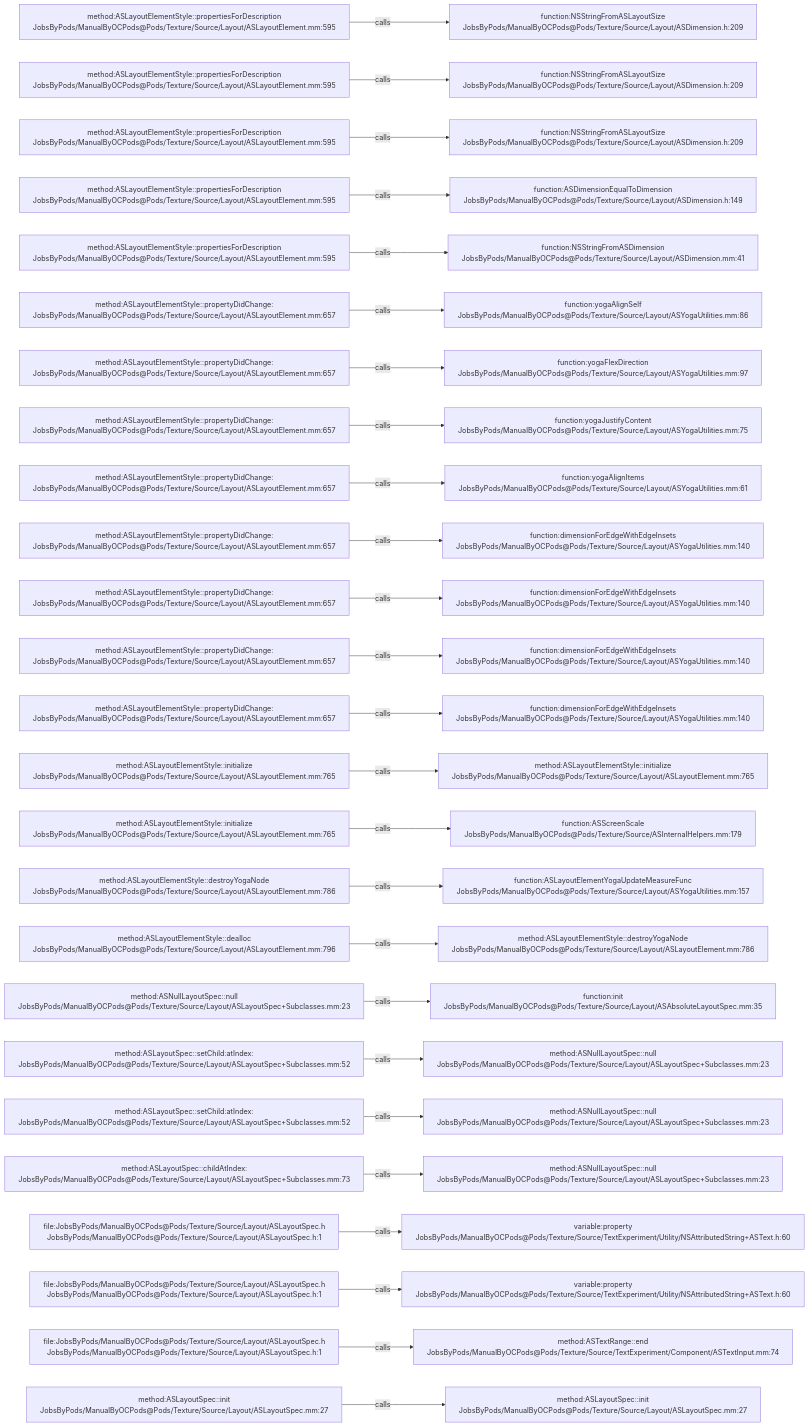
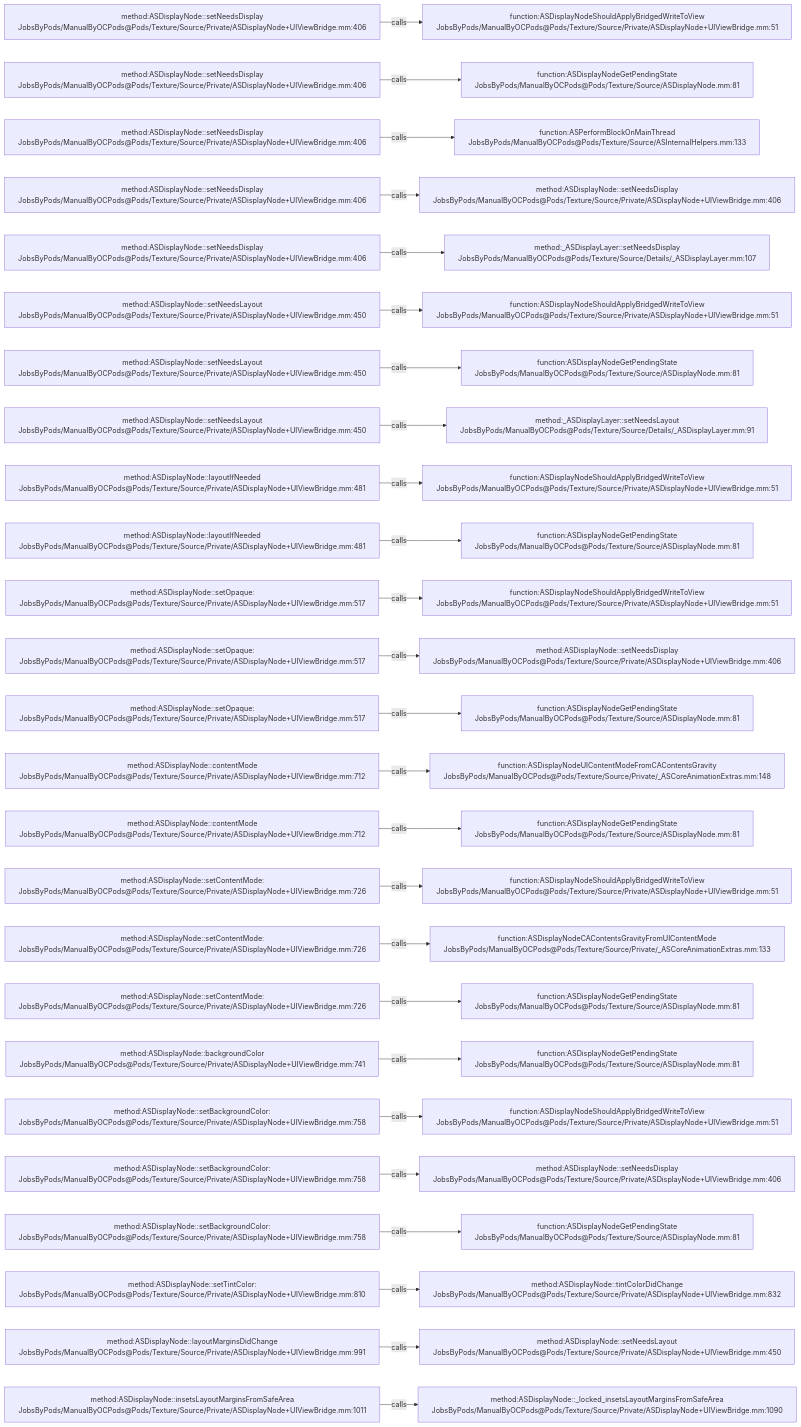
Before and after one commit to JobsKits/JobsOCBaseConfigDemo: the diagram in .codegraph/codegraph.md/graphs/calls-172.md, drawn with Mermaid. The commit also changed 2723 other files, not shown here.

````diff
--- a/.codegraph/codegraph.md/graphs/calls-172.md
+++ b/.codegraph/codegraph.md/graphs/calls-172.md
@@ -13,78 +13,78 @@
 ```mermaid
 flowchart LR
-  S1["method:ASLayoutElementStyle::propertiesForDescription<br/>JobsByPods/ManualByOCPods@Pods/Texture/Source/Layout/ASLayoutElement.mm:595"]
-  T1["function:NSStringFromASLayoutSize<br/>JobsByPods/ManualByOCPods@Pods/Texture/Source/Layout/ASDimension.h:209"]
+  S1["method:ASDisplayNode::setNeedsDisplay<br/>JobsByPods/ManualByOCPods@Pods/Texture/Source/Private/ASDisplayNode+UIViewBridge.mm:406"]
+  T1["function:ASDisplayNodeShouldApplyBridgedWriteToView<br/>JobsByPods/ManualByOCPods@Pods/Texture/Source/Private/ASDisplayNode+UIViewBridge.mm:51"]
   S1 -->|calls| T1
-  S2["method:ASLayoutElementStyle::propertiesForDescription<br/>JobsByPods/ManualByOCPods@Pods/Texture/Source/Layout/ASLayoutElement.mm:595"]
-  T2["function:NSStringFromASLayoutSize<br/>JobsByPods/ManualByOCPods@Pods/Texture/Source/Layout/ASDimension.h:209"]
+  S2["method:ASDisplayNode::setNeedsDisplay<br/>JobsByPods/ManualByOCPods@Pods/Texture/Source/Private/ASDisplayNode+UIViewBridge.mm:406"]
+  T2["function:ASDisplayNodeGetPendingState<br/>JobsByPods/ManualByOCPods@Pods/Texture/Source/ASDisplayNode.mm:81"]
   S2 -->|calls| T2
-  S3["method:ASLayoutElementStyle::propertiesForDescription<br/>JobsByPods/ManualByOCPods@Pods/Texture/Source/Layout/ASLayoutElement.mm:595"]
-  T3["function:NSStringFromASLayoutSize<br/>JobsByPods/ManualByOCPods@Pods/Texture/Source/Layout/ASDimension.h:209"]
+  S3["method:ASDisplayNode::setNeedsDisplay<br/>JobsByPods/ManualByOCPods@Pods/Texture/Source/Private/ASDisplayNode+UIViewBridge.mm:406"]
+  T3["function:ASPerformBlockOnMainThread<br/>JobsByPods/ManualByOCPods@Pods/Texture/Source/ASInternalHelpers.mm:133"]
   S3 -->|calls| T3
-  S4["method:ASLayoutElementStyle::propertiesForDescription<br/>JobsByPods/ManualByOCPods@Pods/Texture/Source/Layout/ASLayoutElement.mm:595"]
-  T4["function:ASDimensionEqualToDimension<br/>JobsByPods/ManualByOCPods@Pods/Texture/Source/Layout/ASDimension.h:149"]
+  S4["method:ASDisplayNode::setNeedsDisplay<br/>JobsByPods/ManualByOCPods@Pods/Texture/Source/Private/ASDisplayNode+UIViewBridge.mm:406"]
+  T4["method:ASDisplayNode::setNeedsDisplay<br/>JobsByPods/ManualByOCPods@Pods/Texture/Source/Private/ASDisplayNode+UIViewBridge.mm:406"]
   S4 -->|calls| T4
-  S5["method:ASLayoutElementStyle::propertiesForDescription<br/>JobsByPods/ManualByOCPods@Pods/Texture/Source/Layout/ASLayoutElement.mm:595"]
-  T5["function:NSStringFromASDimension<br/>JobsByPods/ManualByOCPods@Pods/Texture/Source/Layout/ASDimension.mm:41"]
+  S5["method:ASDisplayNode::setNeedsDisplay<br/>JobsByPods/ManualByOCPods@Pods/Texture/Source/Private/ASDisplayNode+UIViewBridge.mm:406"]
+  T5["method:_ASDisplayLayer::setNeedsDisplay<br/>JobsByPods/ManualByOCPods@Pods/Texture/Source/Details/_ASDisplayLayer.mm:107"]
   S5 -->|calls| T5
-  S6["method:ASLayoutElementStyle::propertyDidChange:<br/>JobsByPods/ManualByOCPods@Pods/Texture/Source/Layout/ASLayoutElement.mm:657"]
-  T6["function:yogaAlignSelf<br/>JobsByPods/ManualByOCPods@Pods/Texture/Source/Layout/ASYogaUtilities.mm:86"]
+  S6["method:ASDisplayNode::setNeedsLayout<br/>JobsByPods/ManualByOCPods@Pods/Texture/Source/Private/ASDisplayNode+UIViewBridge.mm:450"]
+  T6["function:ASDisplayNodeShouldApplyBridgedWriteToView<br/>JobsByPods/ManualByOCPods@Pods/Texture/Source/Private/ASDisplayNode+UIViewBridge.mm:51"]
   S6 -->|calls| T6
-  S7["method:ASLayoutElementStyle::propertyDidChange:<br/>JobsByPods/ManualByOCPods@Pods/Texture/Source/Layout/ASLayoutElement.mm:657"]
-  T7["function:yogaFlexDirection<br/>JobsByPods/ManualByOCPods@Pods/Texture/Source/Layout/ASYogaUtilities.mm:97"]
+  S7["method:ASDisplayNode::setNeedsLayout<br/>JobsByPods/ManualByOCPods@Pods/Texture/Source/Private/ASDisplayNode+UIViewBridge.mm:450"]
+  T7["function:ASDisplayNodeGetPendingState<br/>JobsByPods/ManualByOCPods@Pods/Texture/Source/ASDisplayNode.mm:81"]
   S7 -->|calls| T7
-  S8["method:ASLayoutElementStyle::propertyDidChange:<br/>JobsByPods/ManualByOCPods@Pods/Texture/Source/Layout/ASLayoutElement.mm:657"]
-  T8["function:yogaJustifyContent<br/>JobsByPods/ManualByOCPods@Pods/Texture/Source/Layout/ASYogaUtilities.mm:75"]
+  S8["method:ASDisplayNode::setNeedsLayout<br/>JobsByPods/ManualByOCPods@Pods/Texture/Source/Private/ASDisplayNode+UIViewBridge.mm:450"]
+  T8["method:_ASDisplayLayer::setNeedsLayout<br/>JobsByPods/ManualByOCPods@Pods/Texture/Source/Details/_ASDisplayLayer.mm:91"]
   S8 -->|calls| T8
-  S9["method:ASLayoutElementStyle::propertyDidChange:<br/>JobsByPods/ManualByOCPods@Pods/Texture/Source/Layout/ASLayoutElement.mm:657"]
-  T9["function:yogaAlignItems<br/>JobsByPods/ManualByOCPods@Pods/Texture/Source/Layout/ASYogaUtilities.mm:61"]
+  S9["method:ASDisplayNode::layoutIfNeeded<br/>JobsByPods/ManualByOCPods@Pods/Texture/Source/Private/ASDisplayNode+UIViewBridge.mm:481"]
+  T9["function:ASDisplayNodeShouldApplyBridgedWriteToView<br/>JobsByPods/ManualByOCPods@Pods/Texture/Source/Private/ASDisplayNode+UIViewBridge.mm:51"]
   S9 -->|calls| T9
-  S10["method:ASLayoutElementStyle::propertyDidChange:<br/>JobsByPods/ManualByOCPods@Pods/Texture/Source/Layout/ASLayoutElement.mm:657"]
-  T10["function:dimensionForEdgeWithEdgeInsets<br/>JobsByPods/ManualByOCPods@Pods/Texture/Source/Layout/ASYogaUtilities.mm:140"]
+  S10["method:ASDisplayNode::layoutIfNeeded<br/>JobsByPods/ManualByOCPods@Pods/Texture/Source/Private/ASDisplayNode+UIViewBridge.mm:481"]
+  T10["function:ASDisplayNodeGetPendingState<br/>JobsByPods/ManualByOCPods@Pods/Texture/Source/ASDisplayNode.mm:81"]
   S10 -->|calls| T10
-  S11["method:ASLayoutElementStyle::propertyDidChange:<br/>JobsByPods/ManualByOCPods@Pods/Texture/Source/Layout/ASLayoutElement.mm:657"]
-  T11["function:dimensionForEdgeWithEdgeInsets<br/>JobsByPods/ManualByOCPods@Pods/Texture/Source/Layout/ASYogaUtilities.mm:140"]
+  S11["method:ASDisplayNode::setOpaque:<br/>JobsByPods/ManualByOCPods@Pods/Texture/Source/Private/ASDisplayNode+UIViewBridge.mm:517"]
+  T11["function:ASDisplayNodeShouldApplyBridgedWriteToView<br/>JobsByPods/ManualByOCPods@Pods/Texture/Source/Private/ASDisplayNode+UIViewBridge.mm:51"]
   S11 -->|calls| T11
-  S12["method:ASLayoutElementStyle::propertyDidChange:<br/>JobsByPods/ManualByOCPods@Pods/Texture/Source/Layout/ASLayoutElement.mm:657"]
-  T12["function:dimensionForEdgeWithEdgeInsets<br/>JobsByPods/ManualByOCPods@Pods/Texture/Source/Layout/ASYogaUtilities.mm:140"]
+  S12["method:ASDisplayNode::setOpaque:<br/>JobsByPods/ManualByOCPods@Pods/Texture/Source/Private/ASDisplayNode+UIViewBridge.mm:517"]
+  T12["method:ASDisplayNode::setNeedsDisplay<br/>JobsByPods/ManualByOCPods@Pods/Texture/Source/Private/ASDisplayNode+UIViewBridge.mm:406"]
   S12 -->|calls| T12
-  S13["method:ASLayoutElementStyle::propertyDidChange:<br/>JobsByPods/ManualByOCPods@Pods/Texture/Source/Layout/ASLayoutElement.mm:657"]
-  T13["function:dimensionForEdgeWithEdgeInsets<br/>JobsByPods/ManualByOCPods@Pods/Texture/Source/Layout/ASYogaUtilities.mm:140"]
+  S13["method:ASDisplayNode::setOpaque:<br/>JobsByPods/ManualByOCPods@Pods/Texture/Source/Private/ASDisplayNode+UIViewBridge.mm:517"]
+  T13["function:ASDisplayNodeGetPendingState<br/>JobsByPods/ManualByOCPods@Pods/Texture/Source/ASDisplayNode.mm:81"]
   S13 -->|calls| T13
-  S14["method:ASLayoutElementStyle::initialize<br/>JobsByPods/ManualByOCPods@Pods/Texture/Source/Layout/ASLayoutElement.mm:765"]
-  T14["method:ASLayoutElementStyle::initialize<br/>JobsByPods/ManualByOCPods@Pods/Texture/Source/Layout/ASLayoutElement.mm:765"]
+  S14["method:ASDisplayNode::contentMode<br/>JobsByPods/ManualByOCPods@Pods/Texture/Source/Private/ASDisplayNode+UIViewBridge.mm:712"]
+  T14["function:ASDisplayNodeUIContentModeFromCAContentsGravity<br/>JobsByPods/ManualByOCPods@Pods/Texture/Source/Private/_ASCoreAnimationExtras.mm:148"]
   S14 -->|calls| T14
-  S15["method:ASLayoutElementStyle::initialize<br/>JobsByPods/ManualByOCPods@Pods/Texture/Source/Layout/ASLayoutElement.mm:765"]
-  T15["function:ASScreenScale<br/>JobsByPods/ManualByOCPods@Pods/Texture/Source/ASInternalHelpers.mm:179"]
+  S15["method:ASDisplayNode::contentMode<br/>JobsByPods/ManualByOCPods@Pods/Texture/Source/Private/ASDisplayNode+UIViewBridge.mm:712"]
+  T15["function:ASDisplayNodeGetPendingState<br/>JobsByPods/ManualByOCPods@Pods/Texture/Source/ASDisplayNode.mm:81"]
   S15 -->|calls| T15
-  S16["method:ASLayoutElementStyle::destroyYogaNode<br/>JobsByPods/ManualByOCPods@Pods/Texture/Source/Layout/ASLayoutElement.mm:786"]
-  T16["function:ASLayoutElementYogaUpdateMeasureFunc<br/>JobsByPods/ManualByOCPods@Pods/Texture/Source/Layout/ASYogaUtilities.mm:157"]
+  S16["method:ASDisplayNode::setContentMode:<br/>JobsByPods/ManualByOCPods@Pods/Texture/Source/Private/ASDisplayNode+UIViewBridge.mm:726"]
+  T16["function:ASDisplayNodeShouldApplyBridgedWriteToView<br/>JobsByPods/ManualByOCPods@Pods/Texture/Source/Private/ASDisplayNode+UIViewBridge.mm:51"]
   S16 -->|calls| T16
-  S17["method:ASLayoutElementStyle::dealloc<br/>JobsByPods/ManualByOCPods@Pods/Texture/Source/Layout/ASLayoutElement.mm:796"]
-  T17["method:ASLayoutElementStyle::destroyYogaNode<br/>JobsByPods/ManualByOCPods@Pods/Texture/Source/Layout/ASLayoutElement.mm:786"]
+  S17["method:ASDisplayNode::setContentMode:<br/>JobsByPods/ManualByOCPods@Pods/Texture/Source/Private/ASDisplayNode+UIViewBridge.mm:726"]
+  T17["function:ASDisplayNodeCAContentsGravityFromUIContentMode<br/>JobsByPods/ManualByOCPods@Pods/Texture/Source/Private/_ASCoreAnimationExtras.mm:133"]
   S17 -->|calls| T17
-  S18["method:ASNullLayoutSpec::null<br/>JobsByPods/ManualByOCPods@Pods/Texture/Source/Layout/ASLayoutSpec+Subclasses.mm:23"]
-  T18["function:init<br/>JobsByPods/ManualByOCPods@Pods/Texture/Source/Layout/ASAbsoluteLayoutSpec.mm:35"]
+  S18["method:ASDisplayNode::setContentMode:<br/>JobsByPods/ManualByOCPods@Pods/Texture/Source/Private/ASDisplayNode+UIViewBridge.mm:726"]
+  T18["function:ASDisplayNodeGetPendingState<br/>JobsByPods/ManualByOCPods@Pods/Texture/Source/ASDisplayNode.mm:81"]
   S18 -->|calls| T18
-  S19["method:ASLayoutSpec::setChild:atIndex:<br/>JobsByPods/ManualByOCPods@Pods/Texture/Source/Layout/ASLayoutSpec+Subclasses.mm:52"]
-  T19["method:ASNullLayoutSpec::null<br/>JobsByPods/ManualByOCPods@Pods/Texture/Source/Layout/ASLayoutSpec+Subclasses.mm:23"]
+  S19["method:ASDisplayNode::backgroundColor<br/>JobsByPods/ManualByOCPods@Pods/Texture/Source/Private/ASDisplayNode+UIViewBridge.mm:741"]
+  T19["function:ASDisplayNodeGetPendingState<br/>JobsByPods/ManualByOCPods@Pods/Texture/Source/ASDisplayNode.mm:81"]
   S19 -->|calls| T19
-  S20["method:ASLayoutSpec::setChild:atIndex:<br/>JobsByPods/ManualByOCPods@Pods/Texture/Source/Layout/ASLayoutSpec+Subclasses.mm:52"]
-  T20["method:ASNullLayoutSpec::null<br/>JobsByPods/ManualByOCPods@Pods/Texture/Source/Layout/ASLayoutSpec+Subclasses.mm:23"]
+  S20["method:ASDisplayNode::setBackgroundColor:<br/>JobsByPods/ManualByOCPods@Pods/Texture/Source/Private/ASDisplayNode+UIViewBridge.mm:758"]
+  T20["function:ASDisplayNodeShouldApplyBridgedWriteToView<br/>JobsByPods/ManualByOCPods@Pods/Texture/Source/Private/ASDisplayNode+UIViewBridge.mm:51"]
   S20 -->|calls| T20
-  S21["method:ASLayoutSpec::childAtIndex:<br/>JobsByPods/ManualByOCPods@Pods/Texture/Source/Layout/ASLayoutSpec+Subclasses.mm:73"]
-  T21["method:ASNullLayoutSpec::null<br/>JobsByPods/ManualByOCPods@Pods/Texture/Source/Layout/ASLayoutSpec+Subclasses.mm:23"]
+  S21["method:ASDisplayNode::setBackgroundColor:<br/>JobsByPods/ManualByOCPods@Pods/Texture/Source/Private/ASDisplayNode+UIViewBridge.mm:758"]
+  T21["method:ASDisplayNode::setNeedsDisplay<br/>JobsByPods/ManualByOCPods@Pods/Texture/Source/Private/ASDisplayNode+UIViewBridge.mm:406"]
   S21 -->|calls| T21
-  S22["file:JobsByPods/ManualByOCPods@Pods/Texture/Source/Layout/ASLayoutSpec.h<br/>JobsByPods/ManualByOCPods@Pods/Texture/Source/Layout/ASLayoutSpec.h:1"]
-  T22["variable:property<br/>JobsByPods/ManualByOCPods@Pods/Texture/Source/TextExperiment/Utility/NSAttributedString+ASText.h:60"]
+  S22["method:ASDisplayNode::setBackgroundColor:<br/>JobsByPods/ManualByOCPods@Pods/Texture/Source/Private/ASDisplayNode+UIViewBridge.mm:758"]
+  T22["function:ASDisplayNodeGetPendingState<br/>JobsByPods/ManualByOCPods@Pods/Texture/Source/ASDisplayNode.mm:81"]
   S22 -->|calls| T22
-  S23["file:JobsByPods/ManualByOCPods@Pods/Texture/Source/Layout/ASLayoutSpec.h<br/>JobsByPods/ManualByOCPods@Pods/Texture/Source/Layout/ASLayoutSpec.h:1"]
-  T23["variable:property<br/>JobsByPods/ManualByOCPods@Pods/Texture/Source/TextExperiment/Utility/NSAttributedString+ASText.h:60"]
+  S23["method:ASDisplayNode::setTintColor:<br/>JobsByPods/ManualByOCPods@Pods/Texture/Source/Private/ASDisplayNode+UIViewBridge.mm:810"]
+  T23["method:ASDisplayNode::tintColorDidChange<br/>JobsByPods/ManualByOCPods@Pods/Texture/Source/Private/ASDisplayNode+UIViewBridge.mm:832"]
   S23 -->|calls| T23
-  S24["file:JobsByPods/ManualByOCPods@Pods/Texture/Source/Layout/ASLayoutSpec.h<br/>JobsByPods/ManualByOCPods@Pods/Texture/Source/Layout/ASLayoutSpec.h:1"]
-  T24["method:ASTextRange::end<br/>JobsByPods/ManualByOCPods@Pods/Texture/Source/TextExperiment/Component/ASTextInput.mm:74"]
+  S24["method:ASDisplayNode::layoutMarginsDidChange<br/>JobsByPods/ManualByOCPods@Pods/Texture/Source/Private/ASDisplayNode+UIViewBridge.mm:991"]
+  T24["method:ASDisplayNode::setNeedsLayout<br/>JobsByPods/ManualByOCPods@Pods/Texture/Source/Private/ASDisplayNode+UIViewBridge.mm:450"]
   S24 -->|calls| T24
-  S25["method:ASLayoutSpec::init<br/>JobsByPods/ManualByOCPods@Pods/Texture/Source/Layout/ASLayoutSpec.mm:27"]
-  T25["method:ASLayoutSpec::init<br/>JobsByPods/ManualByOCPods@Pods/Texture/Source/Layout/ASLayoutSpec.mm:27"]
+  S25["method:ASDisplayNode::insetsLayoutMarginsFromSafeArea<br/>JobsByPods/ManualByOCPods@Pods/Texture/Source/Private/ASDisplayNode+UIViewBridge.mm:1011"]
+  T25["method:ASDisplayNode::_locked_insetsLayoutMarginsFromSafeArea<br/>JobsByPods/ManualByOCPods@Pods/Texture/Source/Private/ASDisplayNode+UIViewBridge.mm:1090"]
   S25 -->|calls| T25
 ```
````
